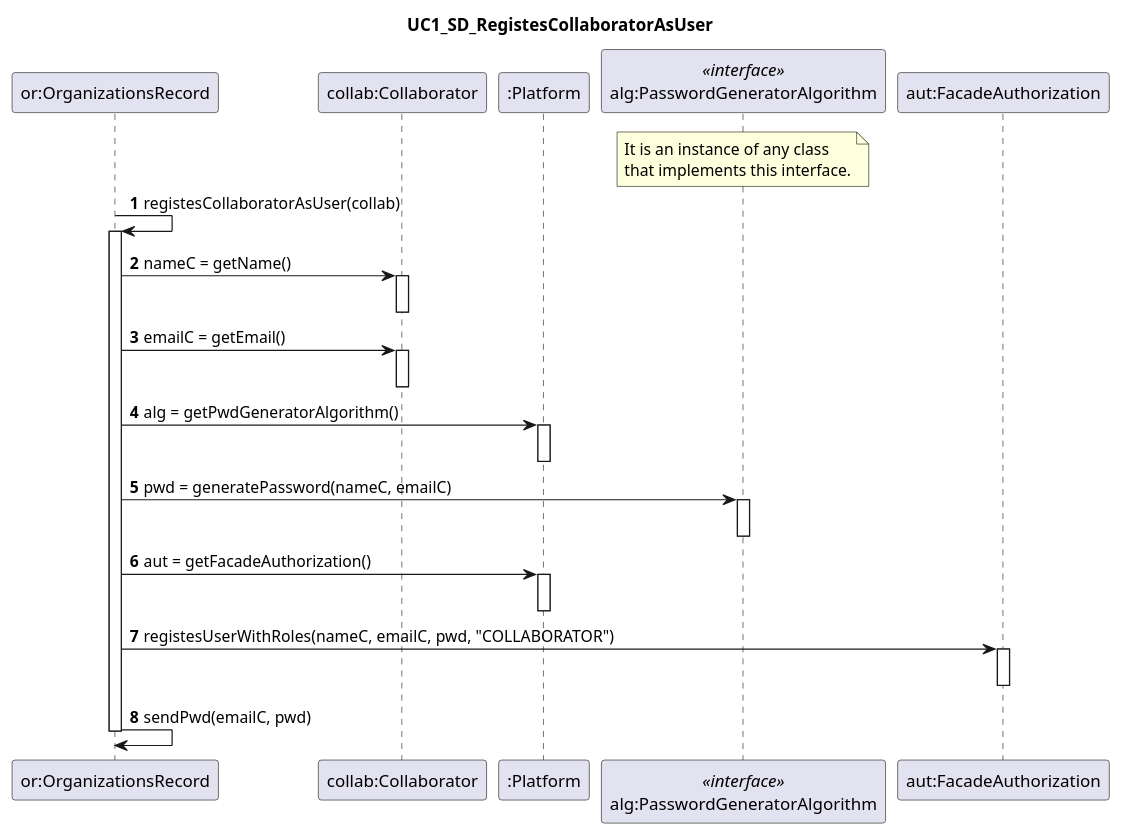
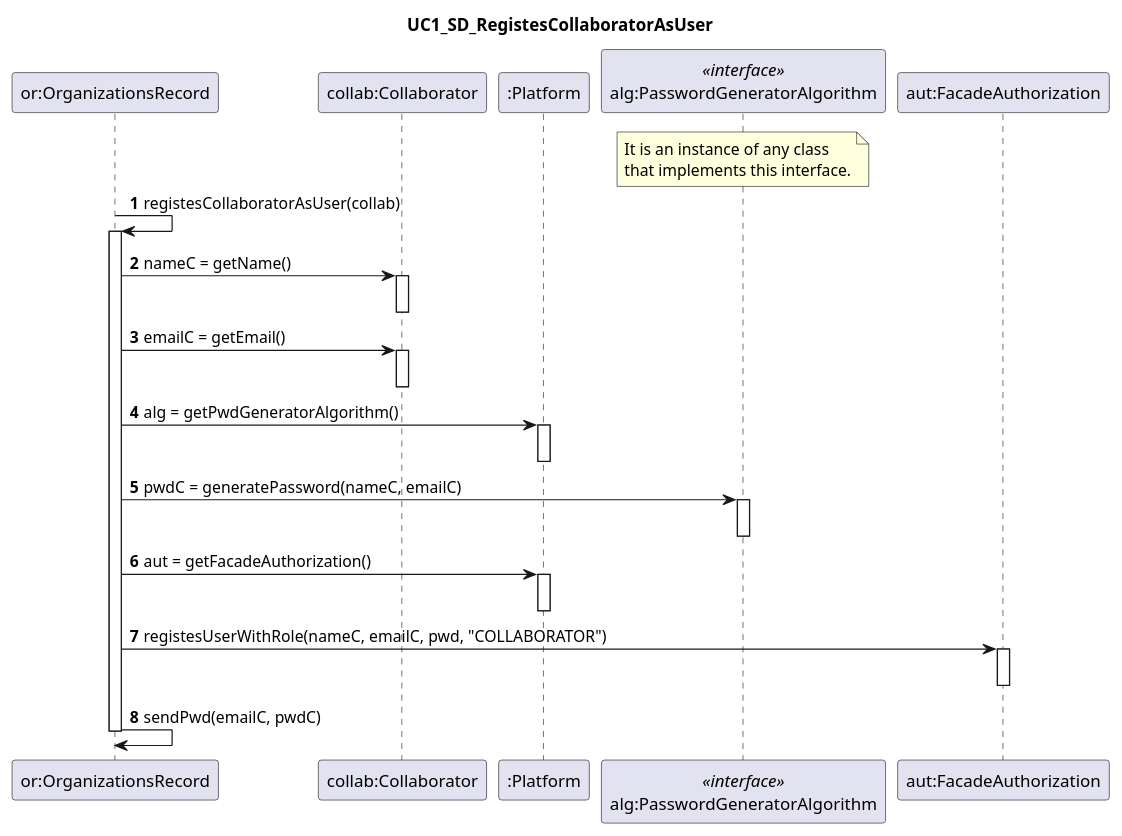
Before and after one commit to pedrolemos4/LAPR2: the diagram in docs/UC7 - Add New Organization/UC7_SD_COLLAB.puml, drawn with PlantUML. The commit also changed 13 other files, not shown here.

```diff
--- a/docs/UC7 - Add New Organization/UC7_SD_COLLAB.puml
+++ b/docs/UC7 - Add New Organization/UC7_SD_COLLAB.puml
@@ -1,47 +1,47 @@
 @startuml
 title UC1_SD_RegistesCollaboratorAsUser
 autonumber
 
 participant "or:OrganizationsRecord" as ORGS
 participant "collab:Collaborator" as COLLAB
 participant ":Platform" as PLAT
 participant "alg:PasswordGeneratorAlgorithm" as ALG << interface >>
 participant "aut:FacadeAuthorization" as AUT
 
 note over of ALG
 It is an instance of any class 
 that implements this interface.
 end note
 
 ORGS -> ORGS: registesCollaboratorAsUser(collab)
 activate ORGS
 
 ORGS -> COLLAB: nameC = getName()
 activate COLLAB
 deactivate COLLAB
 ORGS -> COLLAB: emailC = getEmail()
 activate COLLAB
 deactivate COLLAB
 
 ORGS -> PLAT : alg = getPwdGeneratorAlgorithm()
 activate PLAT
 deactivate PLAT
 
-ORGS -> ALG: pwd = generatePassword(nameC, emailC)
+ORGS -> ALG: pwdC = generatePassword(nameC, emailC)
 activate ALG
 deactivate ALG
 
 ORGS -> PLAT : aut = getFacadeAuthorization()
 activate PLAT
 deactivate PLAT
 
-ORGS -> AUT: registesUserWithRoles(nameC, emailC, pwd, "COLLABORATOR")
+ORGS -> AUT: registesUserWithRole(nameC, emailC, pwd, "COLLABORATOR")
 activate AUT
 deactivate AUT
 
 
-ORGS -> ORGS: sendPwd(emailC, pwd)
+ORGS -> ORGS: sendPwd(emailC, pwdC)
 deactivate ORGS
 
 deactivate ORGS
 @enduml
```
